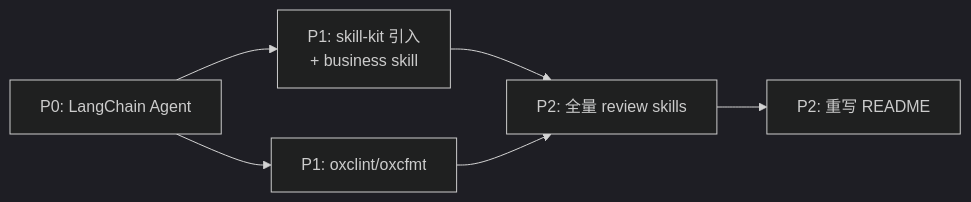
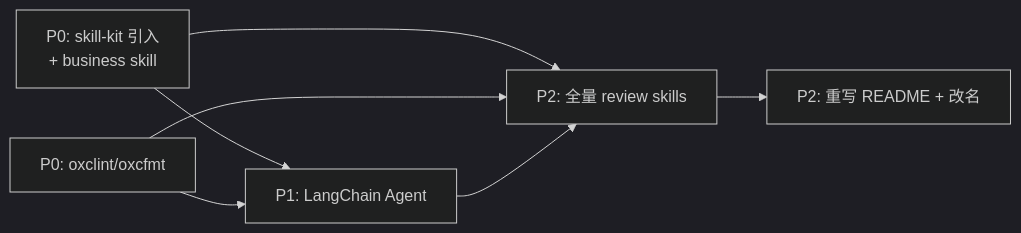
Before and after one commit to belos-street/stock-analytics-agent: the diagram in upgrade/todo.md, drawn with Mermaid (dark theme). The commit also changed other lines of this file and 40 other files, not shown here.

````diff
--- a/upgrade/todo.md
+++ b/upgrade/todo.md
@@ -16,8 +18,9 @@
 ```mermaid
 flowchart LR
-    A[P0: LangChain Agent] --> B[P1: skill-kit 引入<br/>+ business skill]
-    A --> C[P1: oxclint/oxcfmt]
+    B[P0: skill-kit 引入<br/>+ business skill] --> A[P1: LangChain Agent]
+    C[P0: oxclint/oxcfmt] --> A
     B --> D[P2: 全量 review skills]
     C --> D
-    D --> E[P2: 重写 README]
+    A --> D
+    D --> E[P2: 重写 README + 改名]
 ```
````
